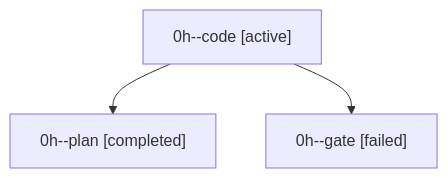
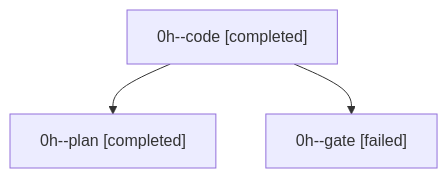
One commit to sase-org/sase--agents changed the diagram in sessions/bbugyi200.apollo.0h.md. Above: the diagram before and after it, drawn with Mermaid. The commit also changed other lines of this file and 53 other files, not shown here.

````diff
--- a/sessions/bbugyi200.apollo.0h.md
+++ b/sessions/bbugyi200.apollo.0h.md
@@ -9,8 +9,8 @@
 ```mermaid
 flowchart TD
-  n0["0h--code [active]"]
+  n0["0h--code [completed]"]
   n1["0h--plan [completed]"]
   n0 --> n1
   n2["0h--gate [failed]"]
   n0 --> n2
 ```
````
